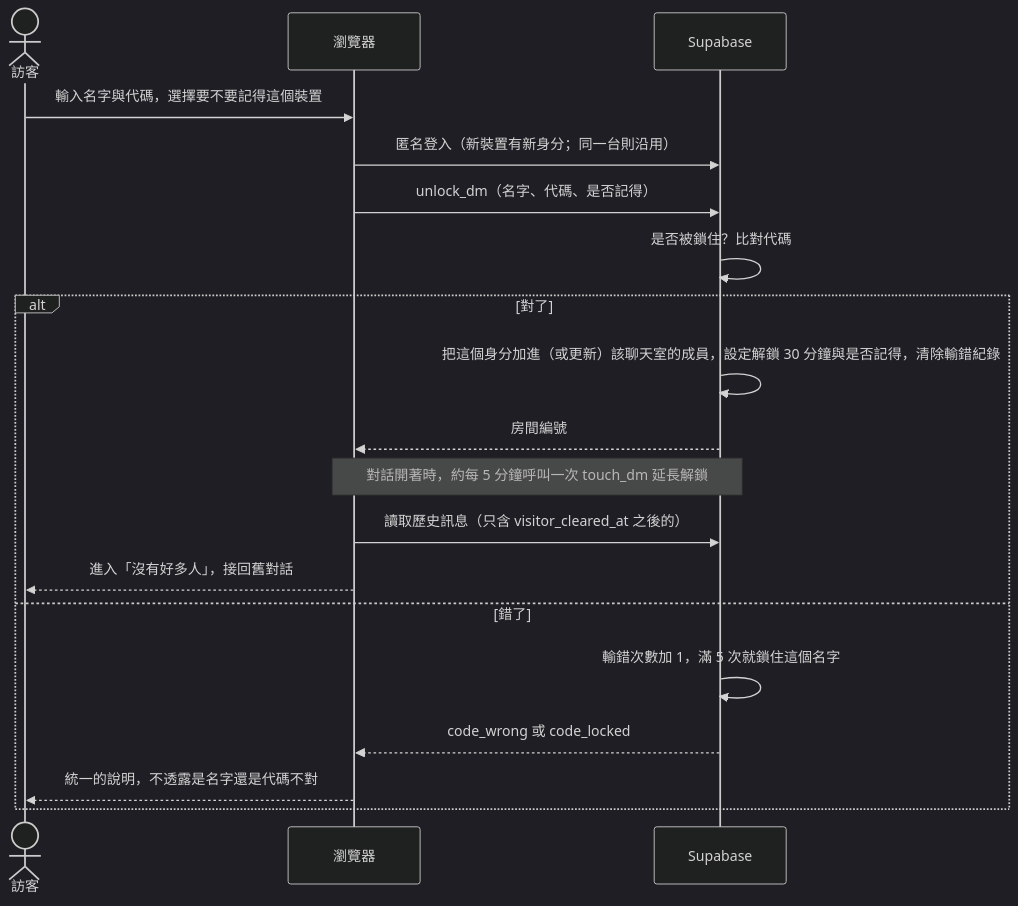
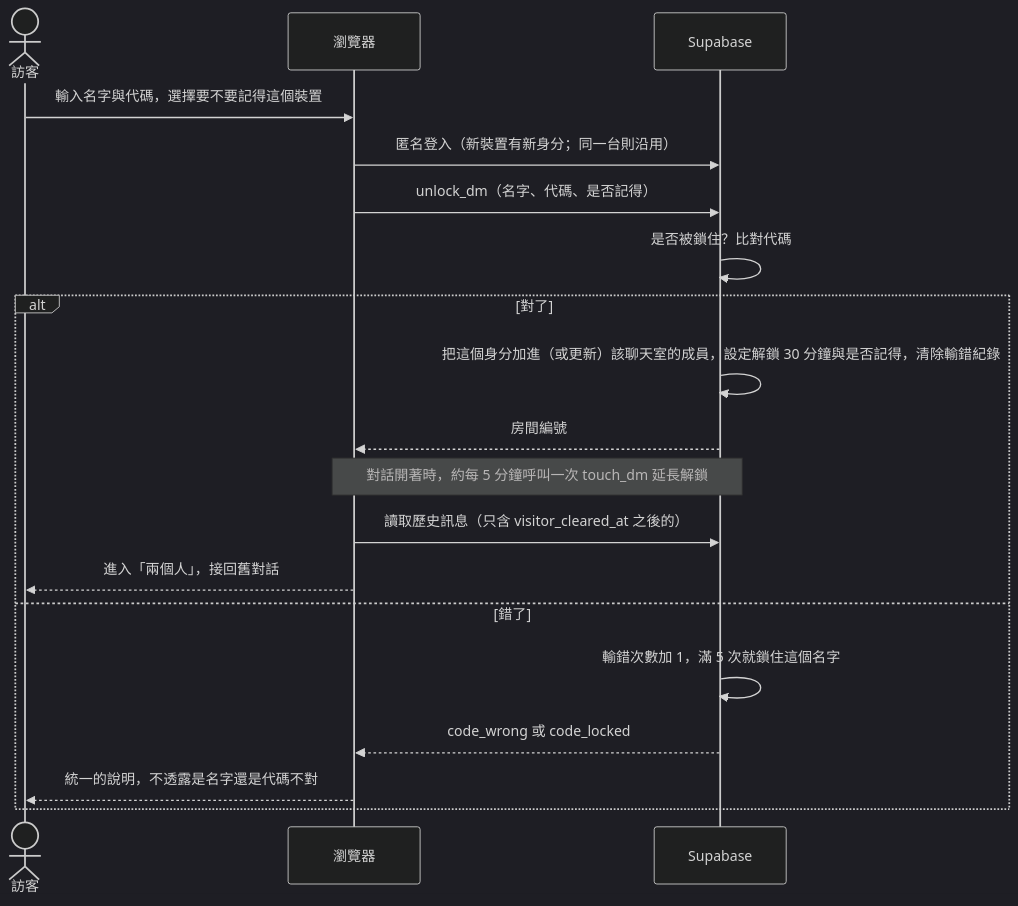
Diagram 13 of 14 in docs/architecture.md (411332043git/ch3hw), drawn with Mermaid (dark theme) before and after one commit. The commit also changed other lines of this file and 2 other files, not shown here.

Commit message:
Update architecture to match design: voice, announcements, pinning, file expiry, desktop layout, avatars

````diff
--- a/docs/architecture.md
+++ b/docs/architecture.md
@@ -937,22 +945,22 @@
 ```mermaid
 sequenceDiagram
     actor U as 訪客
     participant B as 瀏覽器
     participant S as Supabase
 
     U->>B: 輸入名字與代碼，選擇要不要記得這個裝置
     B->>S: 匿名登入（新裝置有新身分；同一台則沿用）
     B->>S: unlock_dm（名字、代碼、是否記得）
     S->>S: 是否被鎖住？比對代碼
     alt 對了
         S->>S: 把這個身分加進（或更新）該聊天室的成員，設定解鎖 30 分鐘與是否記得，清除輸錯紀錄
         S-->>B: 房間編號
         Note over B,S: 對話開著時，約每 5 分鐘呼叫一次 touch_dm 延長解鎖
         B->>S: 讀取歷史訊息（只含 visitor_cleared_at 之後的）
-        B-->>U: 進入「沒有好多人」，接回舊對話
+        B-->>U: 進入「兩個人」，接回舊對話
     else 錯了
         S->>S: 輸錯次數加 1，滿 5 次就鎖住這個名字
         S-->>B: code_wrong 或 code_locked
         B-->>U: 統一的說明，不透露是名字還是代碼不對
     end
 ```
````
